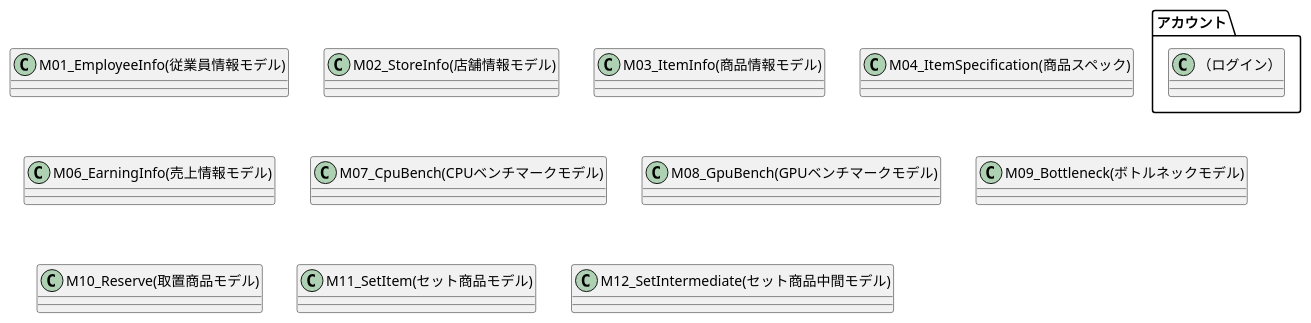
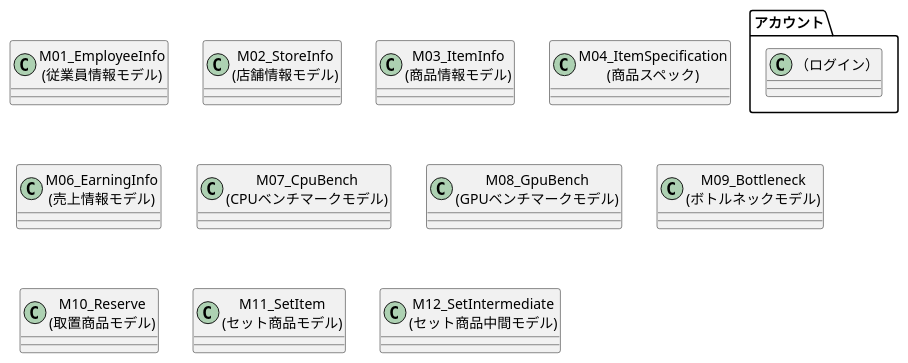
Before and after one commit to HaruShim/Sotuken: the diagram in 各種設計書/5クラス図/クラス図_naito.plantuml, drawn with PlantUML.

```diff
--- a/各種設計書/5クラス図/クラス図_naito.plantuml
+++ b/各種設計書/5クラス図/クラス図_naito.plantuml
@@ -1,19 +1,18 @@
 @startuml 仮作成
 package "アカウント"{
     class "（ログイン）"
-    
 }
 
 
-    class "M01_EmployeeInfo(従業員情報モデル)" as 従業員情報モデル
-    class "M02_StoreInfo(店舗情報モデル)" as 店舗情報モデル
-    class "M03_ItemInfo(商品情報モデル)" as 商品情報モデル
-    class "M04_ItemSpecification(商品スペック)" as 商品スペック
-    class "M06_EarningInfo(売上情報モデル)" as 売上情報モデル
-    class "M07_CpuBench(CPUベンチマークモデル)" as CPUベンチマークモデル
-    class "M08_GpuBench(GPUベンチマークモデル)" as GPUベンチマークモデル
-    class "M09_Bottleneck(ボトルネックモデル)" as ボトルネックモデル
-    class "M10_Reserve(取置商品モデル)" as 取置商品モデル
-    class "M11_SetItem(セット商品モデル)" as セット商品モデル
-    class "M12_SetIntermediate(セット商品中間モデル)" as セット商品中間モデル
+    class "M01_EmployeeInfo\n(従業員情報モデル)" as 従業員情報モデル
+    class "M02_StoreInfo\n(店舗情報モデル)" as 店舗情報モデル
+    class "M03_ItemInfo\n(商品情報モデル)" as 商品情報モデル
+    class "M04_ItemSpecification\n(商品スペック)" as 商品スペック
+    class "M06_EarningInfo\n(売上情報モデル)" as 売上情報モデル
+    class "M07_CpuBench\n(CPUベンチマークモデル)" as CPUベンチマークモデル
+    class "M08_GpuBench\n(GPUベンチマークモデル)" as GPUベンチマークモデル
+    class "M09_Bottleneck\n(ボトルネックモデル)" as ボトルネックモデル
+    class "M10_Reserve\n(取置商品モデル)" as 取置商品モデル
+    class "M11_SetItem\n(セット商品モデル)" as セット商品モデル
+    class "M12_SetIntermediate\n(セット商品中間モデル)" as セット商品中間モデル
 @enduml
```
